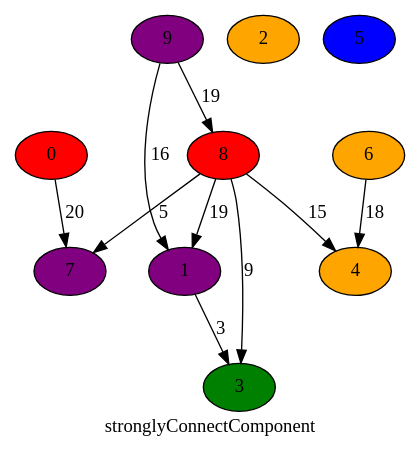
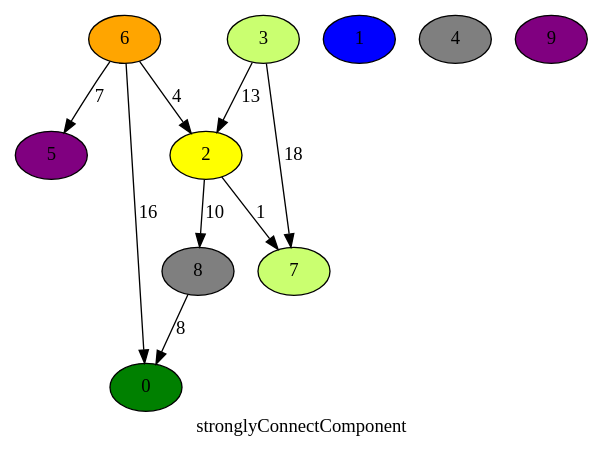
One commit to quanganhquanganh/Discrete-Maths-Graph-Library changed the diagram in files/randomComponents.dot. Above: the diagram before and after it, drawn with Graphviz. The commit also changed 5 other files, not shown here.

```diff
--- a/files/randomComponents.dot
+++ b/files/randomComponents.dot
@@ -1,21 +1,20 @@
 digraph {
-	0 [fillcolor = red, style = filled];
-	1 [fillcolor = purple, style = filled];
-	2 [fillcolor = orange, style = filled];
-	3 [fillcolor = green, style = filled];
-	4 [fillcolor = orange, style = filled];
-	5 [fillcolor = blue, style = filled];
+	0 [fillcolor = green, style = filled];
+	1 [fillcolor = blue, style = filled];
+	2 [fillcolor = yellow, style = filled];
+	3 [fillcolor = darkolivegreen1, style = filled];
+	4 [fillcolor = gray50, style = filled];
+	5 [fillcolor = purple, style = filled];
 	6 [fillcolor = orange, style = filled];
-	7 [fillcolor = purple, style = filled];
-	8 [fillcolor = red, style = filled];
+	7 [fillcolor = darkolivegreen1, style = filled];
+	8 [fillcolor = gray50, style = filled];
 	9 [fillcolor = purple, style = filled];
-0 -> 7[label = 20];
-1 -> 3[label = 3];
-6 -> 4[label = 18];
-8 -> 1[label = 19];
-8 -> 3[label = 9];
-8 -> 4[label = 15];
-8 -> 7[label = 5];
-9 -> 1[label = 16];
-9 -> 8[label = 19];
+2 -> 7[label = 1];
+2 -> 8[label = 10];
+3 -> 2[label = 13];
+3 -> 7[label = 18];
+6 -> 0[label = 16];
+6 -> 2[label = 4];
+6 -> 5[label = 7];
+8 -> 0[label = 8];
 label=stronglyConnectComponent}
```
